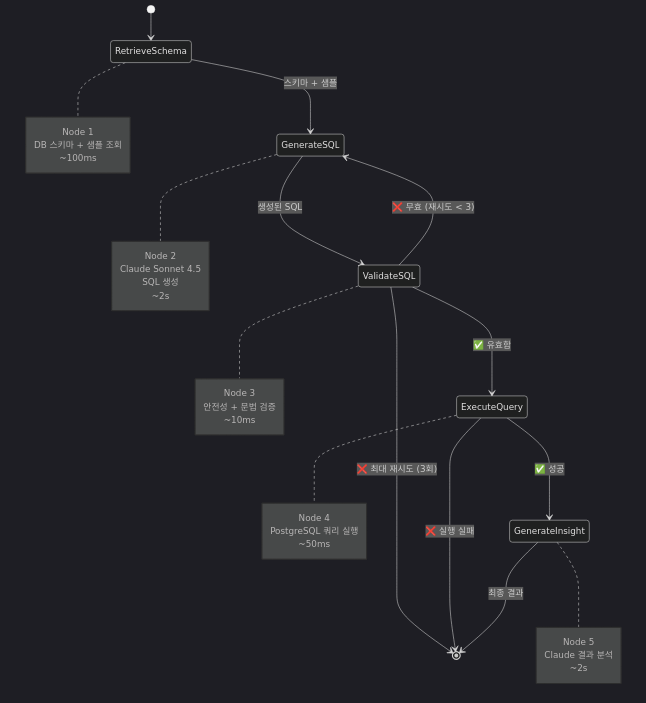
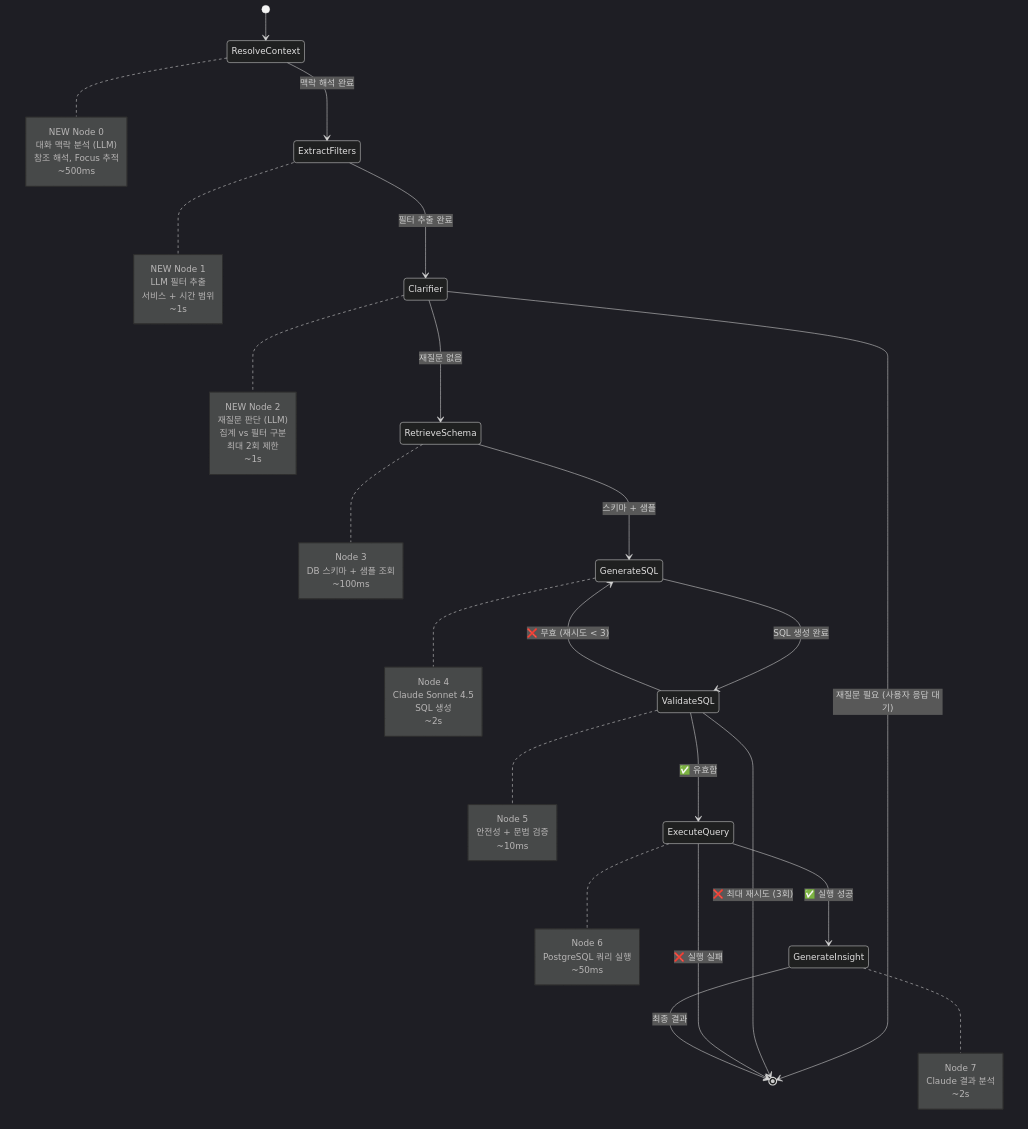
Before and after one commit to aiStudy001/log-analysis-system: the first of 2 diagrams in services/log-analysis-server/AGENT-WORKFLOW.md, drawn with Mermaid (dark theme). The commit also changed other lines of this file and 15 other files, not shown here.

````diff
--- a/services/log-analysis-server/AGENT-WORKFLOW.md
+++ b/services/log-analysis-server/AGENT-WORKFLOW.md
@@ -29,48 +29,77 @@
 ```mermaid
 stateDiagram-v2
-    [*] --> RetrieveSchema
+    [*] --> ResolveContext
+
+    ResolveContext --> ExtractFilters: 맥락 해석 완료
+
+    ExtractFilters --> Clarifier: 필터 추출 완료
+
+    Clarifier --> RetrieveSchema: 재질문 없음
+    Clarifier --> [*]: 재질문 필요 (사용자 응답 대기)
 
     RetrieveSchema --> GenerateSQL: 스키마 + 샘플
 
-    GenerateSQL --> ValidateSQL: 생성된 SQL
+    GenerateSQL --> ValidateSQL: SQL 생성 완료
 
     ValidateSQL --> ExecuteQuery: ✅ 유효함
     ValidateSQL --> GenerateSQL: ❌ 무효 (재시도 < 3)
     ValidateSQL --> [*]: ❌ 최대 재시도 (3회)
 
-    ExecuteQuery --> GenerateInsight: ✅ 성공
+    ExecuteQuery --> GenerateInsight: ✅ 실행 성공
     ExecuteQuery --> [*]: ❌ 실행 실패
 
     GenerateInsight --> [*]: 최종 결과
 
+    note right of ResolveContext
+        NEW Node 0
+        대화 맥락 분석 (LLM)
+        참조 해석, Focus 추적
+        ~500ms
+    end note
+
+    note right of ExtractFilters
+        NEW Node 1
+        LLM 필터 추출
+        서비스 + 시간 범위
+        ~1s
+    end note
+
+    note right of Clarifier
+        NEW Node 2
+        재질문 판단 (LLM)
+        집계 vs 필터 구분
+        최대 2회 제한
+        ~1s
+    end note
+
     note right of RetrieveSchema
-        Node 1
+        Node 3
         DB 스키마 + 샘플 조회
         ~100ms
     end note
 
     note right of GenerateSQL
-        Node 2
+        Node 4
         Claude Sonnet 4.5
         SQL 생성
         ~2s
     end note
 
     note right of ValidateSQL
-        Node 3
+        Node 5
         안전성 + 문법 검증
         ~10ms
     end note
 
     note right of ExecuteQuery
-        Node 4
+        Node 6
         PostgreSQL 쿼리 실행
         ~50ms
     end note
 
     note right of GenerateInsight
-        Node 5
+        Node 7
         Claude 결과 분석
         ~2s
     end note
 ```
````
